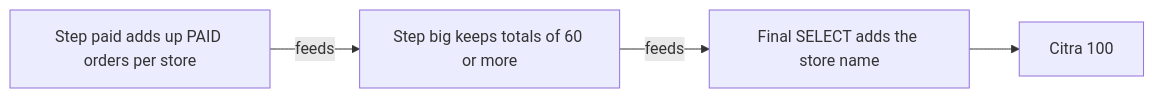
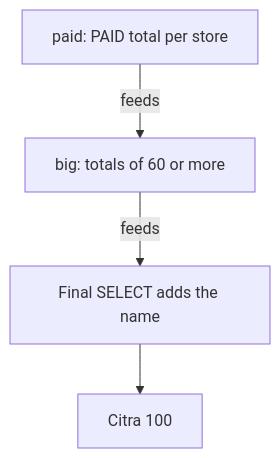
The sixth of 6 diagrams in learn/database/04-subqueries-ctes-and-exists.md (starjustice/research-material), drawn with Mermaid before and after one commit. The commit also changed other lines of this file, not shown here.

Commit message:
Reshape Database lesson 04 (Subqueries, CTEs, EXISTS) into short cards with guess bars and blue More detail bars

````diff
--- a/learn/database/04-subqueries-ctes-and-exists.md
+++ b/learn/database/04-subqueries-ctes-and-exists.md
@@ -169,6 +454,6 @@
 ```mermaid
-graph LR
-    S1["Step paid adds up PAID orders per store"] -->|feeds| S2["Step big keeps totals of 60 or more"]
-    S2 -->|feeds| S3["Final SELECT adds the store name"]
+graph TB
+    S1["paid: PAID total per store"] -->|feeds| S2["big: totals of 60 or more"]
+    S2 -->|feeds| S3["Final SELECT adds the name"]
     S3 --> R["Citra 100"]
 ```
````
